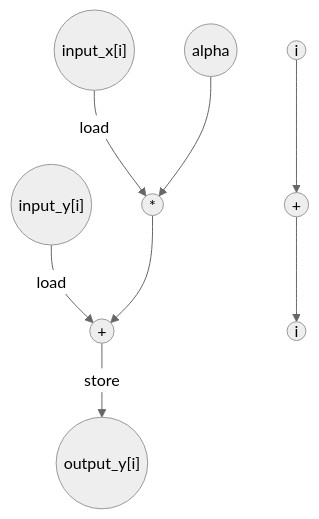
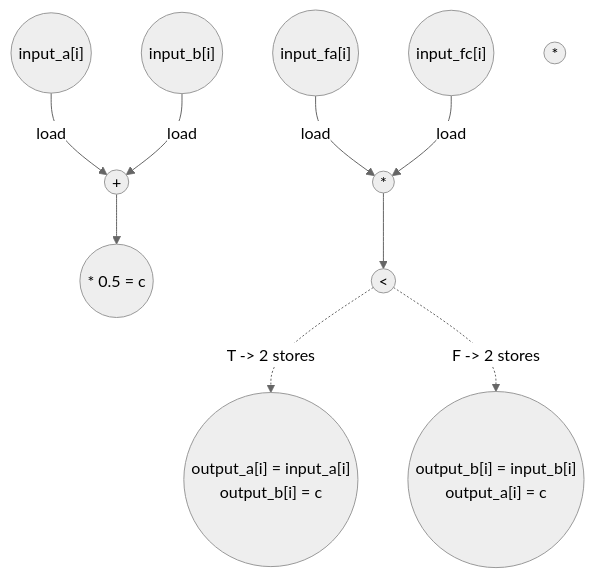
One commit to PolyArch/loom changed the diagram in tests/app/bisection_step/bisection_step_eval.md. Above: the diagram before and after it, drawn with Mermaid (neutral theme). The commit also changed other lines of this file and 7 other files, not shown here.

````diff
--- a/tests/app/bisection_step/bisection_step_eval.md
+++ b/tests/app/bisection_step/bisection_step_eval.md
@@ -14,32 +15,35 @@
 ```mermaid
 graph TD
     %% Define the input nodes
-    i_in(("i"))
-    alpha(("alpha"))
-    xi(("input_x[i]"))
-    yi(("input_y[i]"))
+    inputa(("input_a[i]"))
+    inputb(("input_b[i]"))
+    inputfa(("input_fa[i]"))
+    inputfc(("input_fc[i]"))
 
     %% Define the computation nodes
     mult((" * "))
-    add((" + "))
-    addi((" + "))
+    add1((" + "))
+    mult1((" * 0.5 = c"))
+    mult2((" * "))
+    cmp_lt((" < "))
     
     %% Define the final output
-    i_out(("i"))
-    outputy(("output_y[i]"))
+    output1(("output_a[i] = input_a[i]<br>output_b[i] = c"))
+    output2(("output_b[i] = input_b[i]<br>output_a[i] = c"))
 
-    %% Inner loop dependencies
-    xi -->|load| mult
-    yi -->|load| add
-    alpha --> mult
-    mult --> add
+    %% Calculating c
+    inputa -->|load| add1
+    inputb -->|load| add1
+    add1 --> mult1
+
+    %% Comparison
+    inputfa -->|load| mult2
+    inputfc -->|load| mult2
+    mult2 --> cmp_lt
+    cmp_lt-.T -> 2 stores.-> output1
+    cmp_lt-.F -> 2 stores.-> output2
 
     %% Accumulator dependency
-    add -->|store| outputy
-
-    %% Iterator dependency
-    i_in --> addi
-    addi --> i_out
 
     %% Critical Path N/A
 ```
````
